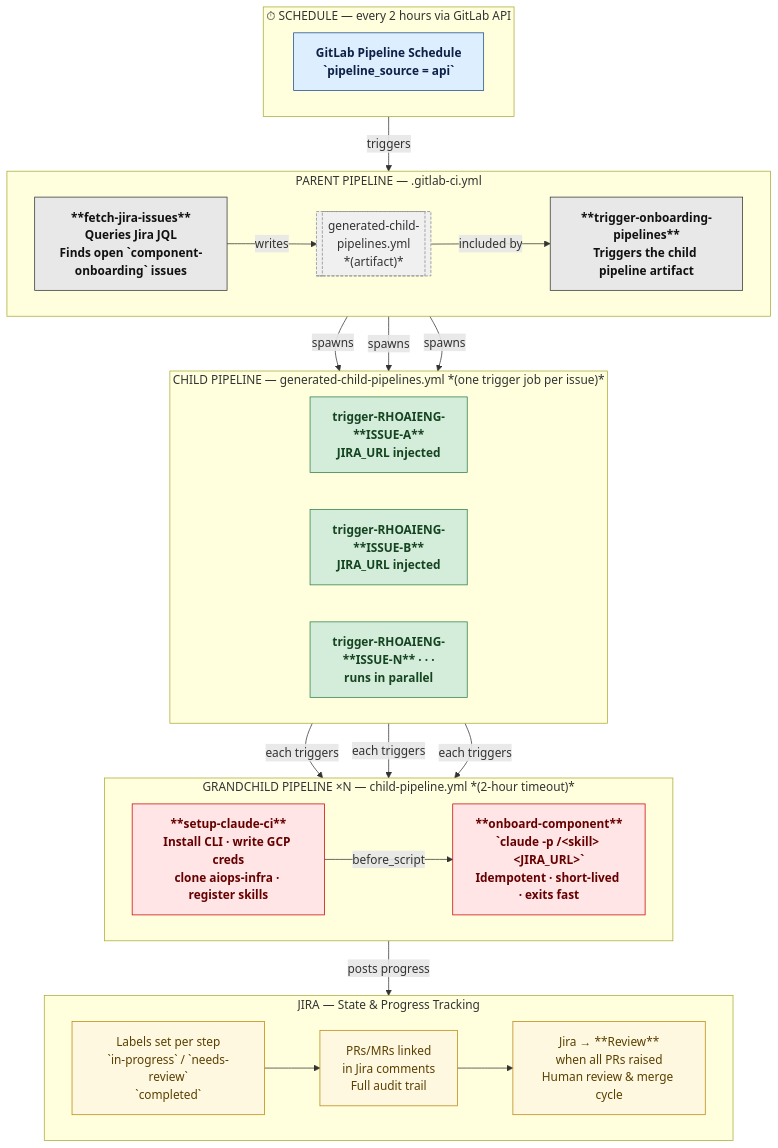
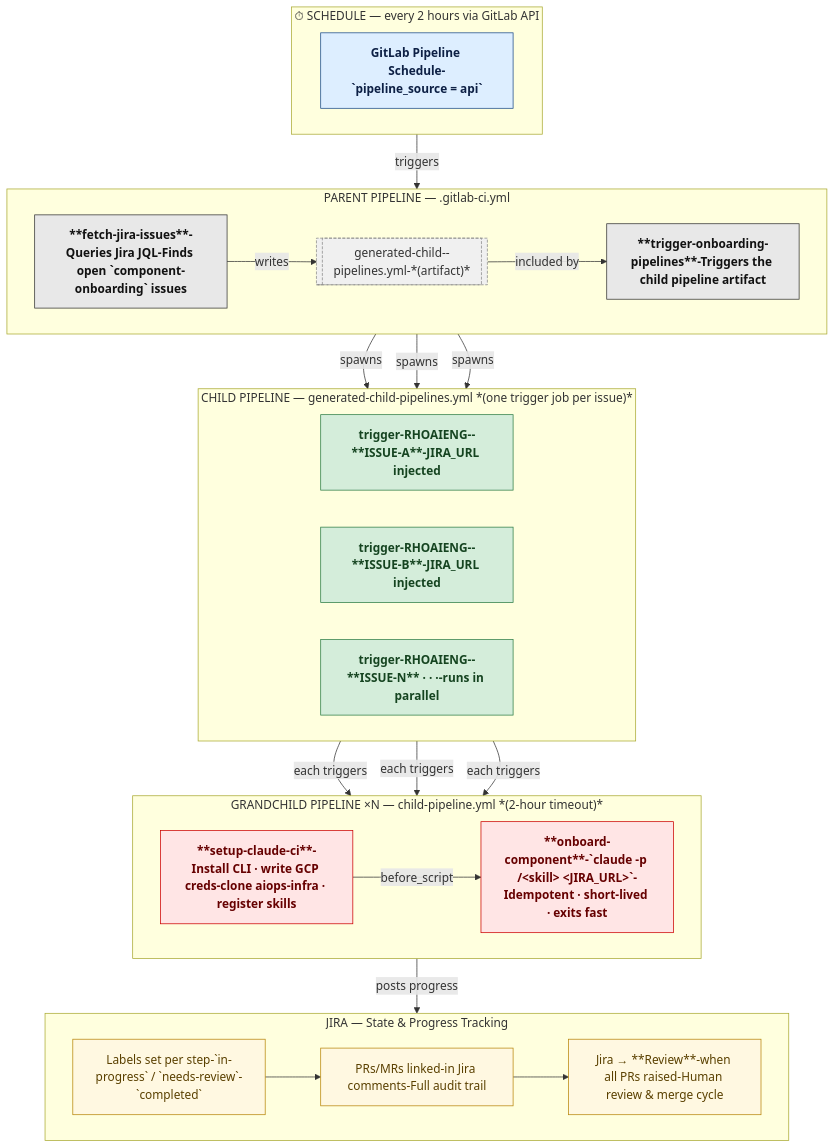
One commit to opendatahub-io/aiops-infra changed the third of 3 diagrams in docs/rfds/odh-component-onboarding/flow-diagrams.md. Above: the diagram before and after it, drawn with Mermaid. The commit also changed other lines of this file and 5 other files, not shown here.

````diff
--- a/docs/rfds/odh-component-onboarding/flow-diagrams.md
+++ b/docs/rfds/odh-component-onboarding/flow-diagrams.md
@@ -92,49 +92,49 @@
 ```mermaid
 flowchart TD
     classDef scheduleNode fill:#DDEEFF,stroke:#1A4A8A,color:#0d2045,font-weight:bold
     classDef parentNode   fill:#E8E8E8,stroke:#333333,color:#111111,font-weight:bold
     classDef childNode    fill:#D4EDDA,stroke:#2D7D46,color:#154420,font-weight:bold
     classDef grandNode    fill:#FFE5E5,stroke:#CC0000,color:#660000,font-weight:bold
     classDef jiraNode     fill:#FFF8E1,stroke:#B8860B,color:#5a4000
     classDef artifact     fill:#F0F0F0,stroke:#888888,color:#333333,stroke-dasharray:4 2
 
     subgraph SCHED["⏱  SCHEDULE — every 2 hours via GitLab API"]
         direction LR
-        SC["GitLab Pipeline Schedule\n`pipeline_source = api`"]:::scheduleNode
+        SC["GitLab Pipeline Schedule-`pipeline_source = api`"]:::scheduleNode
     end
 
     subgraph PARENT["PARENT PIPELINE — .gitlab-ci.yml"]
         direction LR
-        P1["**fetch-jira-issues**\nQueries Jira JQL\nFinds open `component-onboarding` issues"]:::parentNode
-        P2[["generated-child-\npipelines.yml\n*(artifact)*"]]:::artifact
-        P3["**trigger-onboarding-pipelines**\nTriggers the child pipeline artifact"]:::parentNode
+        P1["**fetch-jira-issues**-Queries Jira JQL-Finds open `component-onboarding` issues"]:::parentNode
+        P2[["generated-child--pipelines.yml-*(artifact)*"]]:::artifact
+        P3["**trigger-onboarding-pipelines**-Triggers the child pipeline artifact"]:::parentNode
         P1 -->|writes| P2 -->|included by| P3
     end
 
     subgraph CHILD["CHILD PIPELINE — generated-child-pipelines.yml  *(one trigger job per issue)*"]
         direction LR
-        C1["trigger-RHOAIENG-\n**ISSUE-A**\nJIRA_URL injected"]:::childNode
-        C2["trigger-RHOAIENG-\n**ISSUE-B**\nJIRA_URL injected"]:::childNode
-        C3["trigger-RHOAIENG-\n**ISSUE-N** · · ·\nruns in parallel"]:::childNode
+        C1["trigger-RHOAIENG--**ISSUE-A**-JIRA_URL injected"]:::childNode
+        C2["trigger-RHOAIENG--**ISSUE-B**-JIRA_URL injected"]:::childNode
+        C3["trigger-RHOAIENG--**ISSUE-N** · · ·-runs in parallel"]:::childNode
     end
 
     subgraph GRANDCHILD["GRANDCHILD PIPELINE ×N — child-pipeline.yml  *(2-hour timeout)*"]
         direction LR
-        G1["**setup-claude-ci**\nInstall CLI · write GCP creds\nclone aiops-infra · register skills"]:::grandNode
-        G2["**onboard-component**\n`claude -p /&lt;skill&gt; &lt;JIRA_URL&gt;`\nIdempotent · short-lived · exits fast"]:::grandNode
+        G1["**setup-claude-ci**-Install CLI · write GCP creds-clone aiops-infra · register skills"]:::grandNode
+        G2["**onboard-component**-`claude -p /&lt;skill&gt; &lt;JIRA_URL&gt;`-Idempotent · short-lived · exits fast"]:::grandNode
         G1 -->|before_script| G2
     end
 
     subgraph JIRA_STATE["JIRA — State & Progress Tracking"]
         direction LR
-        J1["Labels set per step\n`in-progress` / `needs-review`\n`completed`"]:::jiraNode
-        J2["PRs/MRs linked\nin Jira comments\nFull audit trail"]:::jiraNode
-        J3["Jira → **Review**\nwhen all PRs raised\nHuman review & merge cycle"]:::jiraNode
+        J1["Labels set per step-`in-progress` / `needs-review`-`completed`"]:::jiraNode
+        J2["PRs/MRs linked-in Jira comments-Full audit trail"]:::jiraNode
+        J3["Jira → **Review**-when all PRs raised-Human review & merge cycle"]:::jiraNode
         J1 --> J2 --> J3
     end
 
     SC -->|triggers| P1
     P3 -->|spawns| C1 & C2 & C3
     C1 & C2 & C3 -->|each triggers| G1
     G2 -->|posts progress| J1
 ```
````
